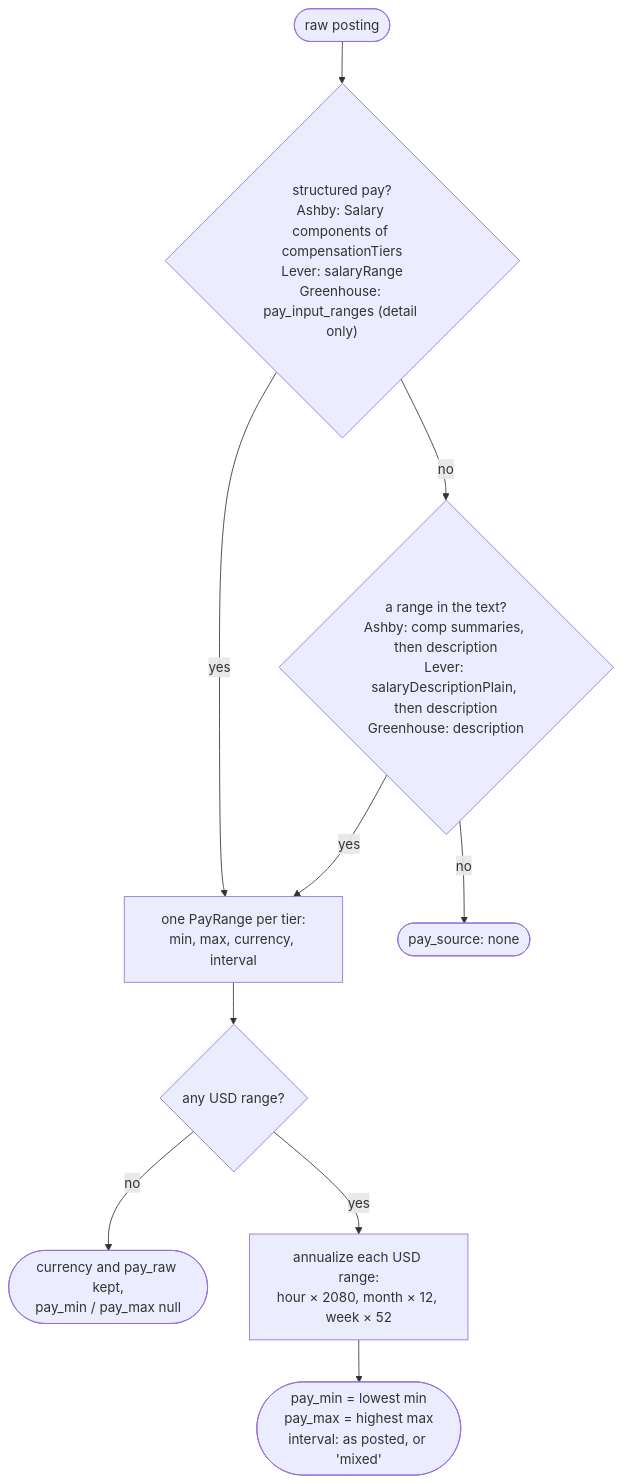
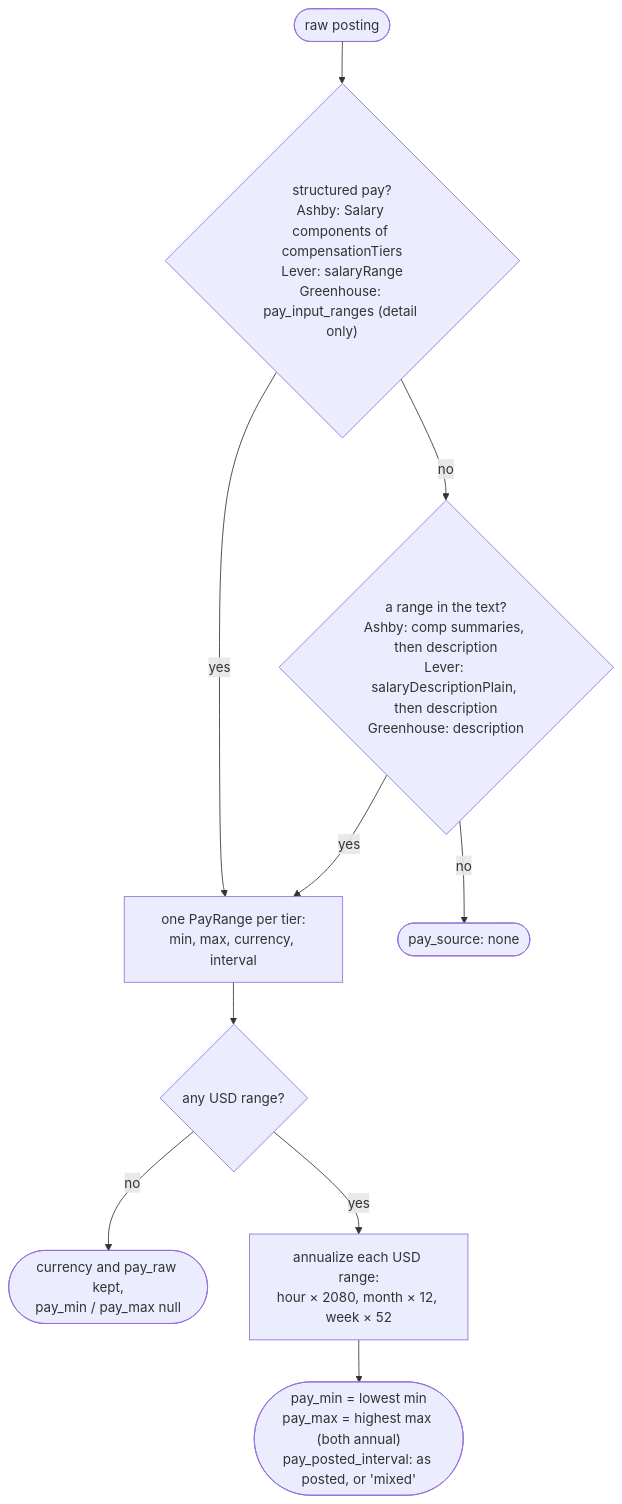
Before and after one commit to HakujouRyu/jobboard-mcp: the second of 3 diagrams in docs/normalization.md, drawn with Mermaid. The commit also changed other lines of this file and 9 other files, not shown here.

First line of the commit message:
Rename pay_interval to pay_posted_interval

````diff
--- a/docs/normalization.md
+++ b/docs/normalization.md
@@ -77,12 +77,12 @@
 ```mermaid
 flowchart TD
     start(["raw posting"]) --> s{"structured pay?<br/>Ashby: Salary components of compensationTiers<br/>Lever: salaryRange<br/>Greenhouse: pay_input_ranges (detail only)"}
     s -- yes --> ranges["one PayRange per tier:<br/>min, max, currency, interval"]
     s -- no --> text{"a range in the text?<br/>Ashby: comp summaries, then description<br/>Lever: salaryDescriptionPlain, then description<br/>Greenhouse: description"}
     text -- yes --> ranges
     text -- no --> none(["pay_source: none"])
     ranges --> usd{"any USD range?"}
     usd -- no --> nonusd(["currency and pay_raw kept,<br/>pay_min / pay_max null"])
     usd -- yes --> ann["annualize each USD range:<br/>hour × 2080, month × 12, week × 52"]
-    ann --> combine(["pay_min = lowest min<br/>pay_max = highest max<br/>interval: as posted, or 'mixed'"])
+    ann --> combine(["pay_min = lowest min<br/>pay_max = highest max (both annual)<br/>pay_posted_interval: as posted, or 'mixed'"])
 ```
````
